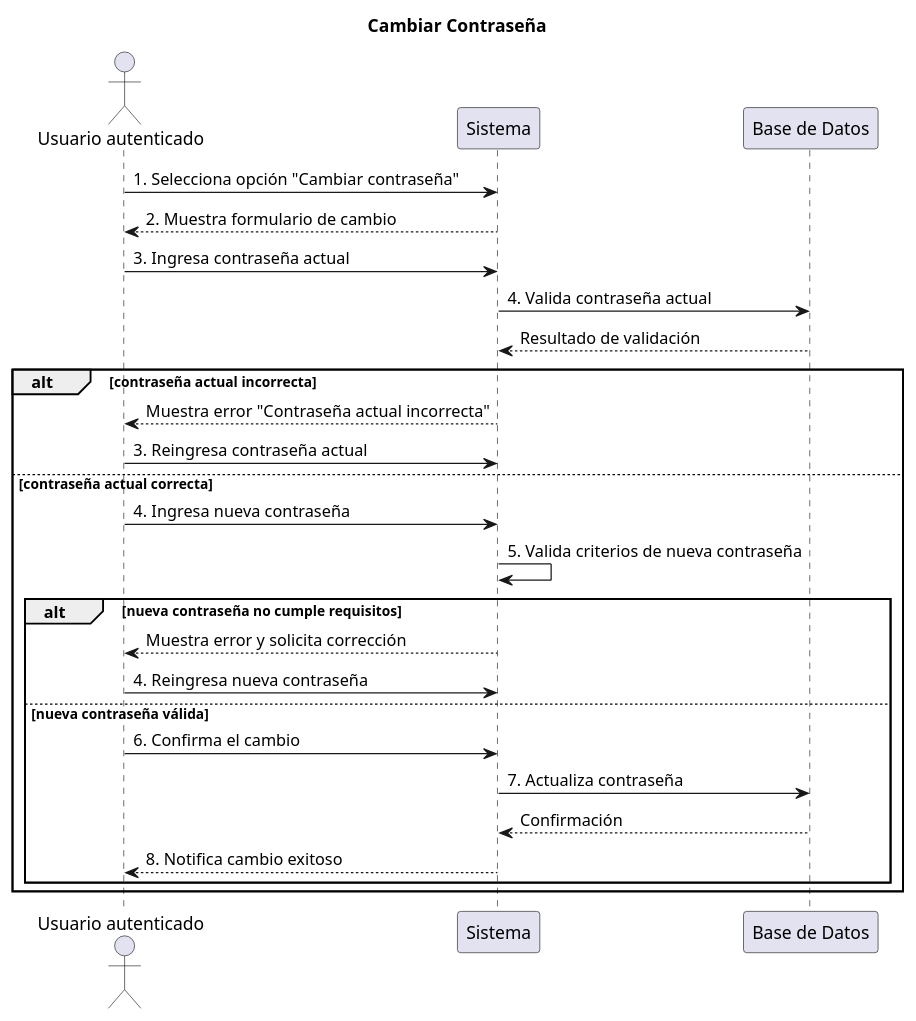
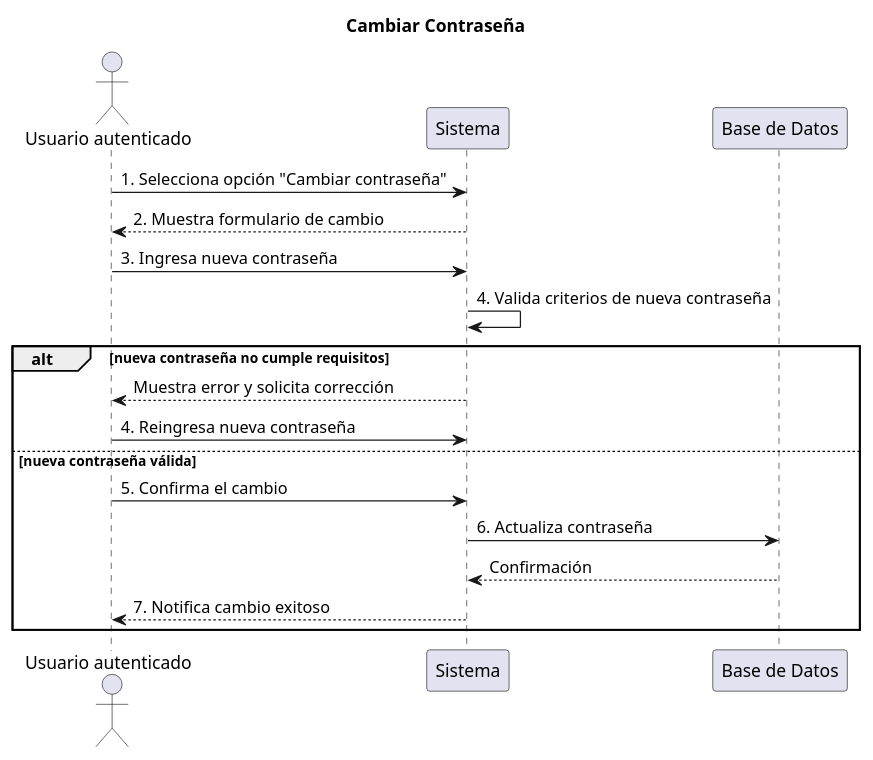
Before and after one commit to LauKnitIn/SISTEMA-GESTOR-DE-RECORRIDOS: the diagram in diagramas_modulo_autenticacion/secuencia-modulo-autenticacion/Secuencia_Cambiar_contraseña.puml, drawn with PlantUML. The commit also changed 2 other files, not shown here.

Commit message:
Corrección diagramas modulo de autenticacion

```diff
--- a/diagramas_modulo_autenticacion/secuencia-modulo-autenticacion/Secuencia_Cambiar_contraseña.puml
+++ b/diagramas_modulo_autenticacion/secuencia-modulo-autenticacion/Secuencia_Cambiar_contraseña.puml
@@ -1,30 +1,21 @@
 @startuml
 title Cambiar Contraseña
 
 actor "Usuario autenticado" as Usuario
 participant "Sistema" as Sistema
 participant "Base de Datos" as BD
 
 Usuario -> Sistema: 1. Selecciona opción "Cambiar contraseña"
 Sistema --> Usuario: 2. Muestra formulario de cambio
-Usuario -> Sistema: 3. Ingresa contraseña actual
-Sistema -> BD: 4. Valida contraseña actual
-BD --> Sistema: Resultado de validación
-
-alt contraseña actual incorrecta
-    Sistema --> Usuario: Muestra error "Contraseña actual incorrecta"
-    Usuario -> Sistema: 3. Reingresa contraseña actual
-else contraseña actual correcta
-    Usuario -> Sistema: 4. Ingresa nueva contraseña
-    Sistema -> Sistema: 5. Valida criterios de nueva contraseña
+Usuario -> Sistema: 3. Ingresa nueva contraseña
+Sistema -> Sistema: 4. Valida criterios de nueva contraseña
     alt nueva contraseña no cumple requisitos
         Sistema --> Usuario: Muestra error y solicita corrección
         Usuario -> Sistema: 4. Reingresa nueva contraseña
     else nueva contraseña válida
-        Usuario -> Sistema: 6. Confirma el cambio
-        Sistema -> BD: 7. Actualiza contraseña
+        Usuario -> Sistema: 5. Confirma el cambio
+        Sistema -> BD: 6. Actualiza contraseña
         BD --> Sistema: Confirmación
-        Sistema --> Usuario: 8. Notifica cambio exitoso
+        Sistema --> Usuario: 7. Notifica cambio exitoso
     end
-end
 @enduml
```
